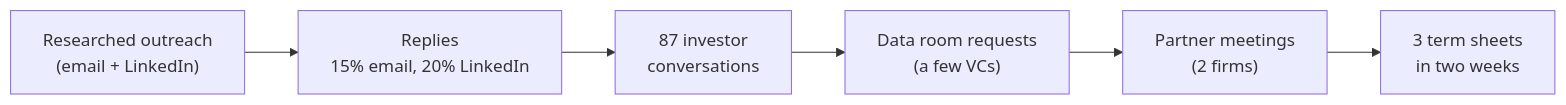
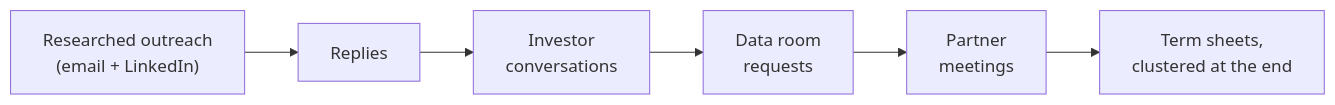
Before and after one commit to prasadus92/prasadus92.github.io: the first of 2 diagrams in src/content/blog/raising-seed-round.md, drawn with Mermaid. The commit also changed other lines of this file and 2 other files, not shown here.

Commit message:
Rewrite raising-seed-round with real anonymized examples; add founder-sales LinkedIn example; email-example styling

````diff
--- a/src/content/blog/raising-seed-round.md
+++ b/src/content/blog/raising-seed-round.md
@@ -38,8 +38,8 @@
 ```mermaid
 flowchart LR
-    a["Researched outreach<br/>(email + LinkedIn)"] --> b["Replies<br/>15% email, 20% LinkedIn"]
-    b --> c["87 investor<br/>conversations"]
-    c --> d["Data room requests<br/>(a few VCs)"]
-    d --> e["Partner meetings<br/>(2 firms)"]
-    e --> f["3 term sheets<br/>in two weeks"]
+    a["Researched outreach<br/>(email + LinkedIn)"] --> b["Replies"]
+    b --> c["Investor<br/>conversations"]
+    c --> d["Data room<br/>requests"]
+    d --> e["Partner<br/>meetings"]
+    e --> f["Term sheets,<br/>clustered at the end"]
 ```
````
